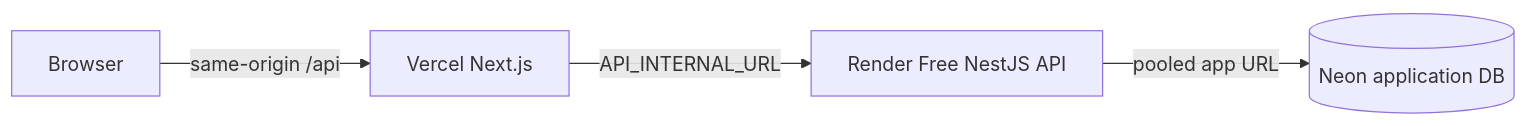
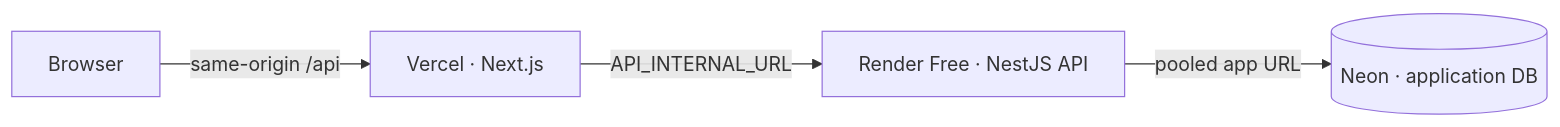
One commit to longhang2004/StockPilot changed the diagram in README.md. Above: the diagram before and after it, drawn with Mermaid. The commit also changed other lines of this file and 7 other files, not shown here.

````diff
--- a/README.md
+++ b/README.md
@@ -32,6 +83,6 @@
 ```mermaid
 flowchart LR
-  Browser[Browser] -->|same-origin /api| Vercel[Vercel Next.js]
-  Vercel -->|API_INTERNAL_URL| Render[Render Free NestJS API]
-  Render -->|pooled app URL| Neon[(Neon application DB)]
+  Browser[Browser] -->|same-origin /api| Vercel[Vercel · Next.js]
+  Vercel -->|API_INTERNAL_URL| Render[Render Free · NestJS API]
+  Render -->|pooled app URL| Neon[(Neon · application DB)]
 ```
````
